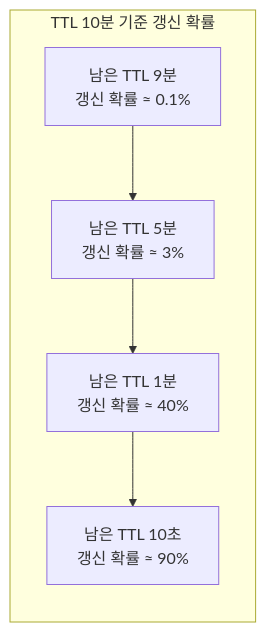
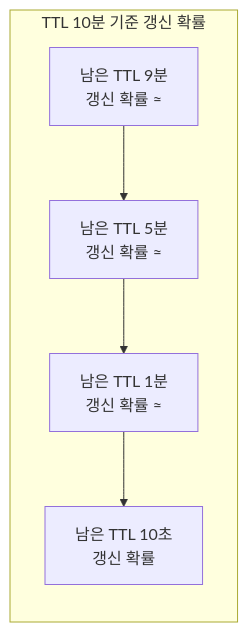
One commit to yjkim2015/yjkim2015.github.io changed the fifth of 8 diagrams in _posts/caching/2026-05-03-cache-invalidation.md. Above: the diagram before and after it, drawn with Mermaid. The commit also changed other lines of this file and 271 other files, not shown here.

First line of the commit message:
Mermaid 라벨 축소: 긴 노드 텍스트 18자 이하로 트림 + \n 제거

````diff
--- a/_posts/caching/2026-05-03-cache-invalidation.md
+++ b/_posts/caching/2026-05-03-cache-invalidation.md
@@ -349,10 +349,10 @@
 ```mermaid
 graph LR
     subgraph "TTL 10분 기준 갱신 확률"
-        T1["남은 TTL 9분\n갱신 확률 ≈ 0.1%"]
-        T2["남은 TTL 5분\n갱신 확률 ≈ 3%"]
-        T3["남은 TTL 1분\n갱신 확률 ≈ 40%"]
-        T4["남은 TTL 10초\n갱신 확률 ≈ 90%"]
+        T1["남은 TTL 9분\n갱신 확률 ≈"]
+        T2["남은 TTL 5분\n갱신 확률 ≈"]
+        T3["남은 TTL 1분\n갱신 확률 ≈"]
+        T4["남은 TTL 10초\n갱신 확률"]
     end
     T1 --> T2 --> T3 --> T4
 ```
````
